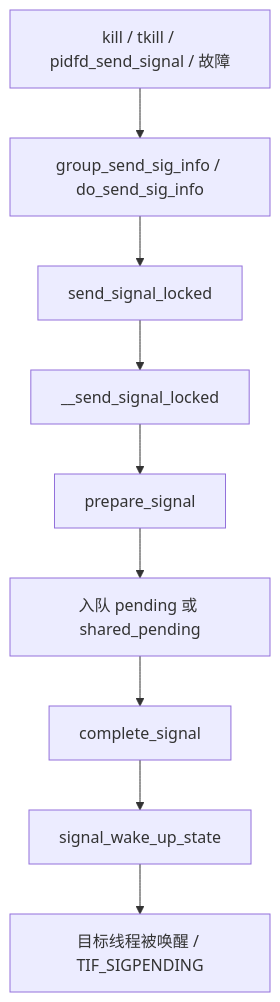
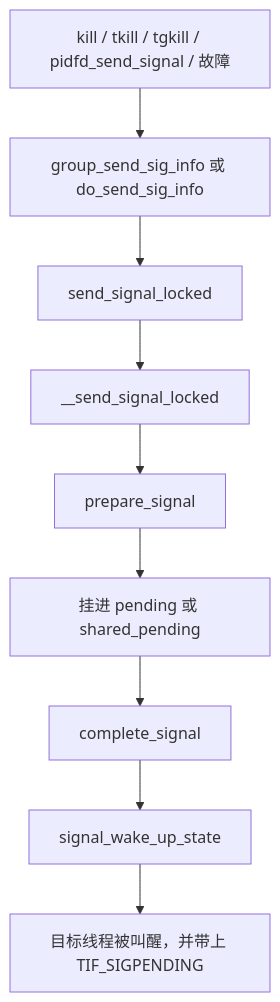
One commit to jinkkkang/kernel-notes changed the diagram in process-management/09-signals.md. Above: the diagram before and after it, drawn with Mermaid. The commit also changed other lines of this file and 10 other files, not shown here.

````diff
--- a/process-management/09-signals.md
+++ b/process-management/09-signals.md
@@ -138,11 +161,11 @@
 ```mermaid
 flowchart TD
-  A["kill / tkill / pidfd_send_signal / 故障"] --> B["group_send_sig_info / do_send_sig_info"]
+  A["kill / tkill / tgkill / pidfd_send_signal / 故障"] --> B["group_send_sig_info 或 do_send_sig_info"]
   B --> C["send_signal_locked"]
   C --> D["__send_signal_locked"]
   D --> E["prepare_signal"]
-  E --> F["入队 pending 或 shared_pending"]
+  E --> F["挂进 pending 或 shared_pending"]
   F --> G["complete_signal"]
   G --> H["signal_wake_up_state"]
-  H --> I["目标线程被唤醒 / TIF_SIGPENDING"]
+  H --> I["目标线程被叫醒，并带上 TIF_SIGPENDING"]
 ```
````
